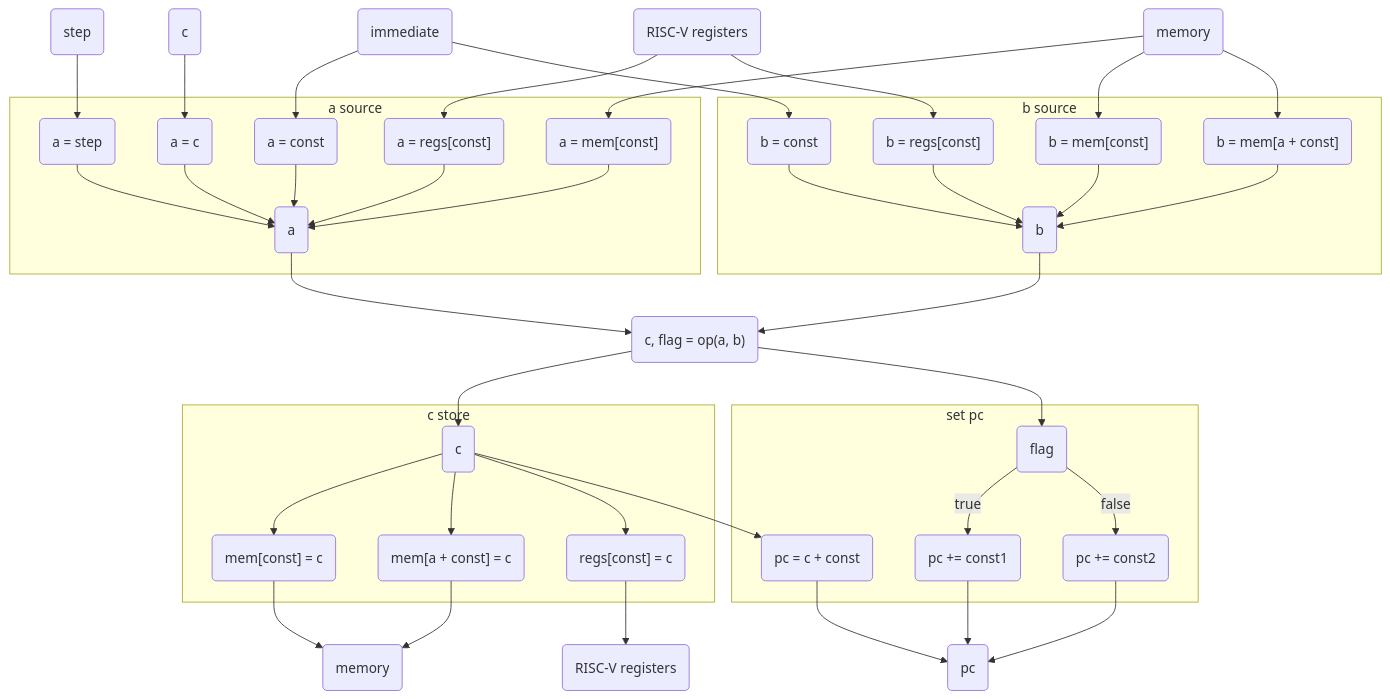
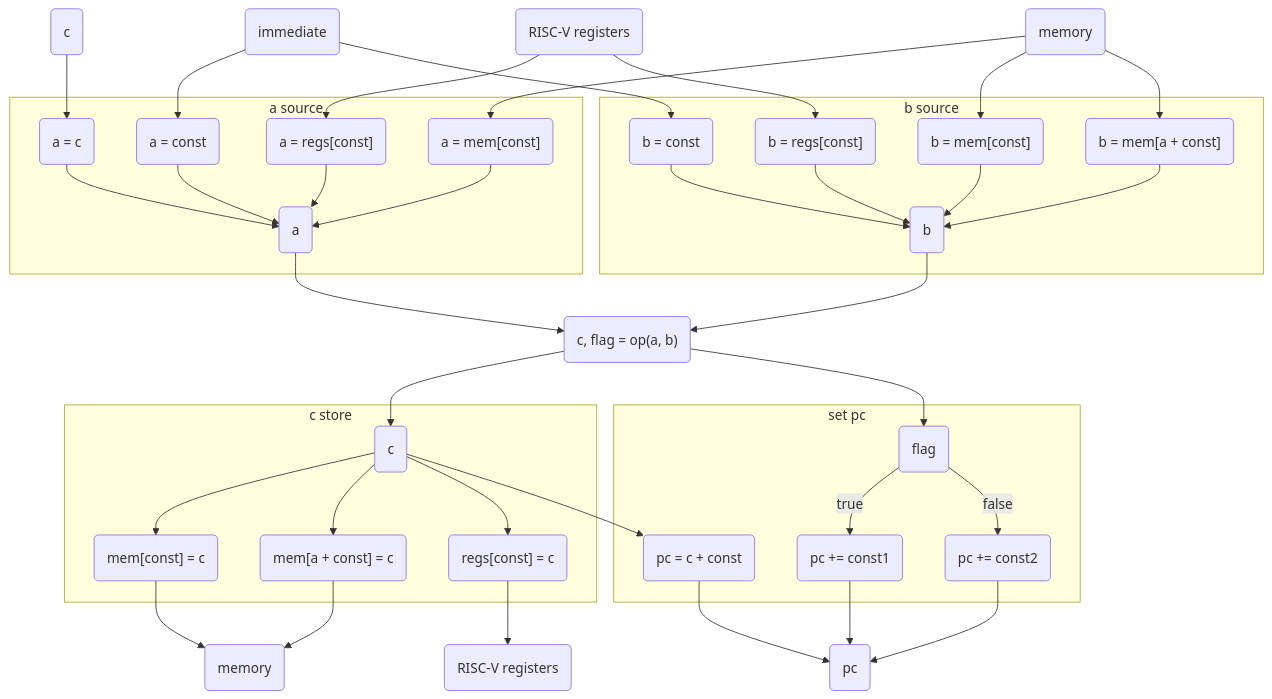
Before and after one commit to 0xPolygonHermez/zisk: the sixth of 9 diagrams in book/developer/intro.md, drawn with Mermaid. The commit also changed other lines of this file and 12 other files, not shown here.

````diff
--- a/book/developer/intro.md
+++ b/book/developer/intro.md
@@ -168,79 +167,75 @@
 ```mermaid
 flowchart TD
     A(a)
     B(b)
     C(c)
     FLAG(flag)
-    STEP(step)
     PC(pc)
     IMM(immediate)
     MEM(memory)
     RISCV(RISC-V registers)
     PREVC(c)
 
     OP("c, flag = op(a, b)")
     A --> OP
     B --> OP
     OP --> C
     OP --> FLAG
 
     ACONST(a = const)
     IMM --> ACONST
-    ASTEP(a = step)
-    STEP --> ASTEP
     APREVC("a = c")
     PREVC --> APREVC
     AREGS("a = regs[const]")
     RISCV -->  AREGS
     AMEM("a = mem[const]")
     MEM --> AMEM
     subgraph "a source"
     ACONST --> A
-    ASTEP --> A
     APREVC --> A
     AREGS --> A
     AMEM --> A
     end
 
     BCONST(b = const)
     IMM --> BCONST
     BMEM("b = mem[const]")
     MEM --> BMEM
     BREGS("b = regs[const]")
     RISCV -->  BREGS
     BIND("b = mem[a + const]")
     MEM --> BIND
     subgraph "b source"
     BCONST --> B
     BMEM --> B
     BIND --> B
     BREGS --> B
     end
 
     MEM2(memory)
     CMEM("mem[const] = c")
     CMEM --> MEM2
     CIND("mem[a + const] = c")
     CIND --> MEM2
     RISCV2(RISC-V registers)
     CREGS("regs[const] = c")
     CREGS --> RISCV2
     subgraph "c store"
     C --> CMEM
     C --> CIND
     C --> CREGS
     end
 
     CPC(pc = c + const)
     C --> CPC
     FLAGTRUE(pc += const1)
     FLAGFALSE(pc += const2)
     subgraph "set pc"
     FLAG --> |true| FLAGTRUE
     FLAG --> |false| FLAGFALSE
     CPC
     end
     CPC --> PC
     FLAGTRUE --> PC
     FLAGFALSE --> PC
 ```
````
